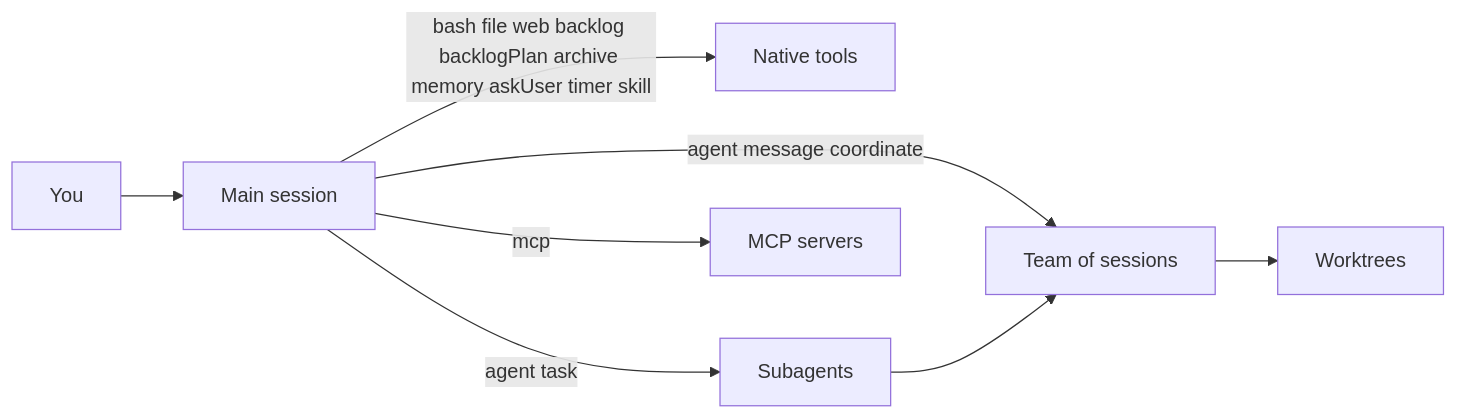
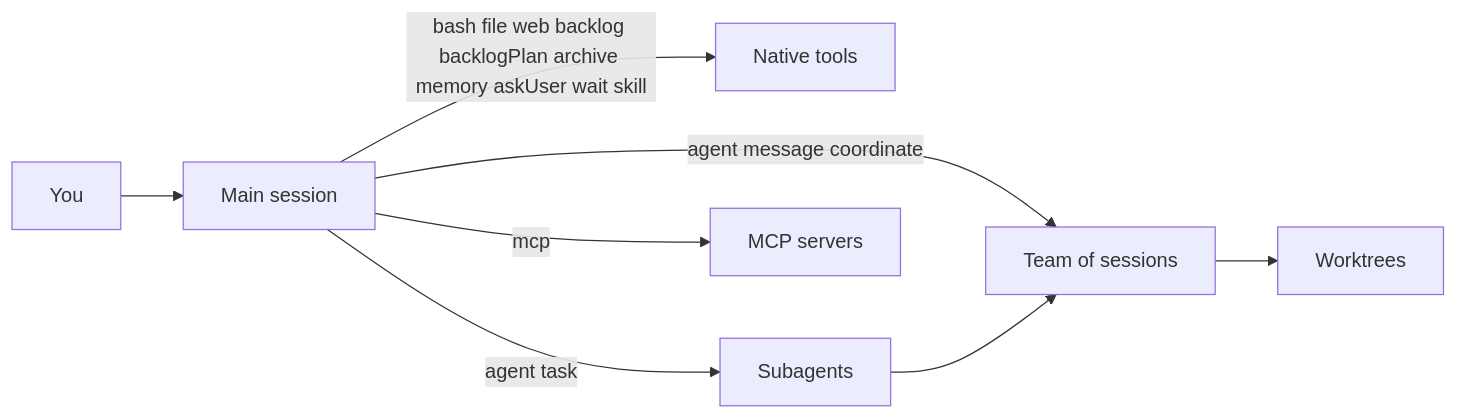
Before and after one commit to bgauryy/octocode-coding-agent: the first of 18 diagrams in packages/coding-agent/docs/native-features.md, drawn with Mermaid. The commit also changed other lines of this file and 874 other files, not shown here.

````diff
--- a/packages/coding-agent/docs/native-features.md
+++ b/packages/coding-agent/docs/native-features.md
@@ -5,10 +5,10 @@
 ```mermaid
 flowchart LR
   U[You] --> M[Main session]
-  M -->|bash file web backlog backlogPlan archive memory askUser timer skill| T[Native tools]
+  M -->|bash file web backlog backlogPlan archive memory askUser wait skill| T[Native tools]
   M -->|agent task| S[Subagents]
   M -->|agent message coordinate| TM[Team of sessions]
   M -->|mcp| X[MCP servers]
   S --> TM
   TM --> W[Worktrees]
 ```
````
